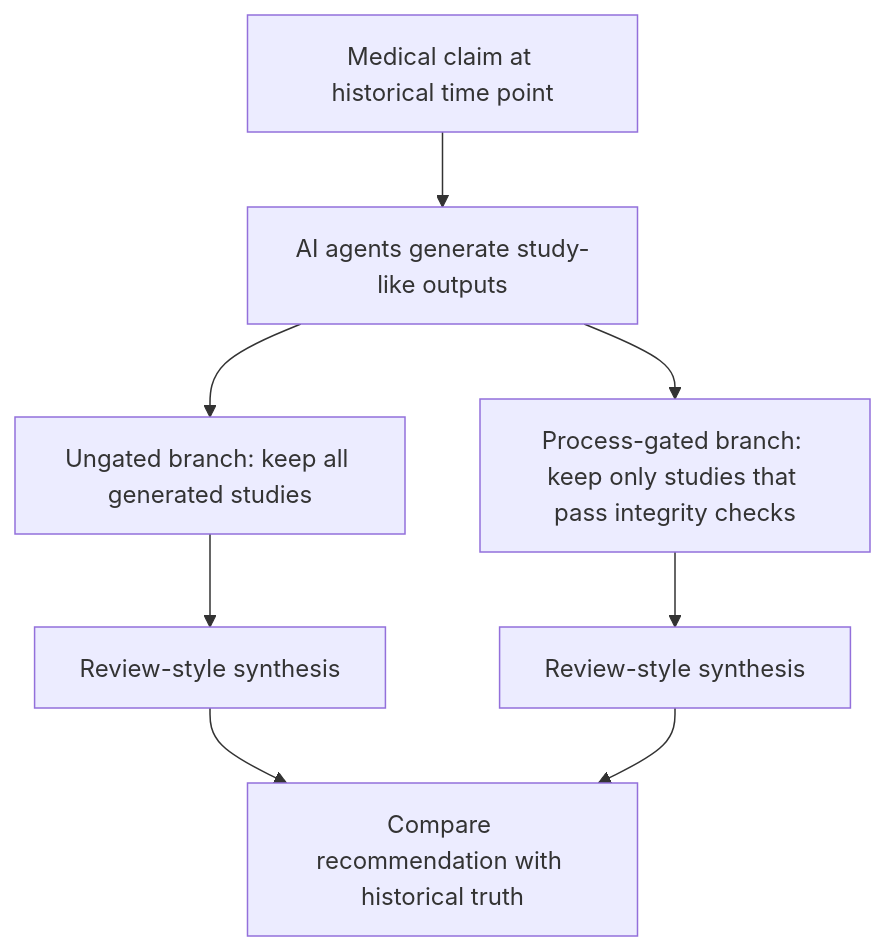
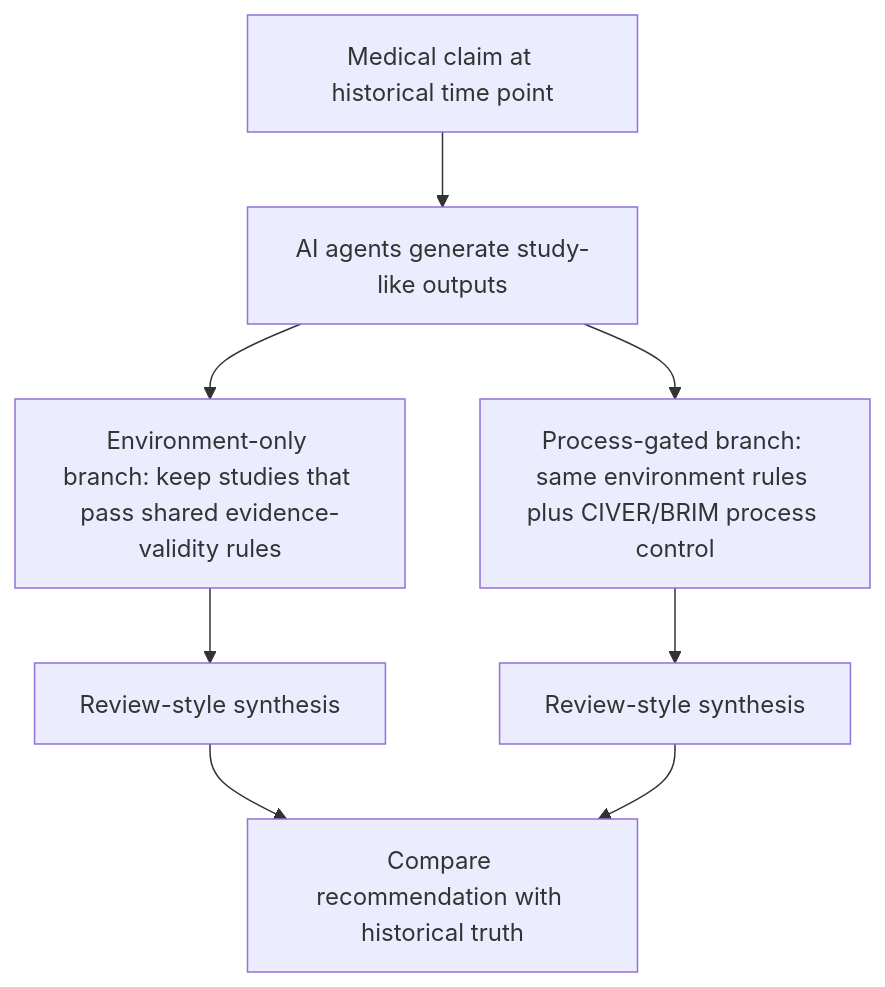
Before and after one commit to tuyentran-md/medevo: the second of 2 diagrams in README.md, drawn with Mermaid. The commit also changed other lines of this file and 22 other files, not shown here.

````diff
--- a/README.md
+++ b/README.md
@@ -46,10 +46,10 @@
 ```mermaid
 flowchart TD
     A["Medical claim at historical time point"] --> B["AI agents generate study-like outputs"]
-    B --> C["Ungated branch: keep all generated studies"]
-    B --> D["Process-gated branch: keep only studies that pass integrity checks"]
+    B --> C["Environment-only branch: keep studies that pass shared evidence-validity rules"]
+    B --> D["Process-gated branch: same environment rules plus CIVER/BRIM process control"]
     C --> E["Review-style synthesis"]
     D --> F["Review-style synthesis"]
     E --> G["Compare recommendation with historical truth"]
     F --> G
 ```
````
